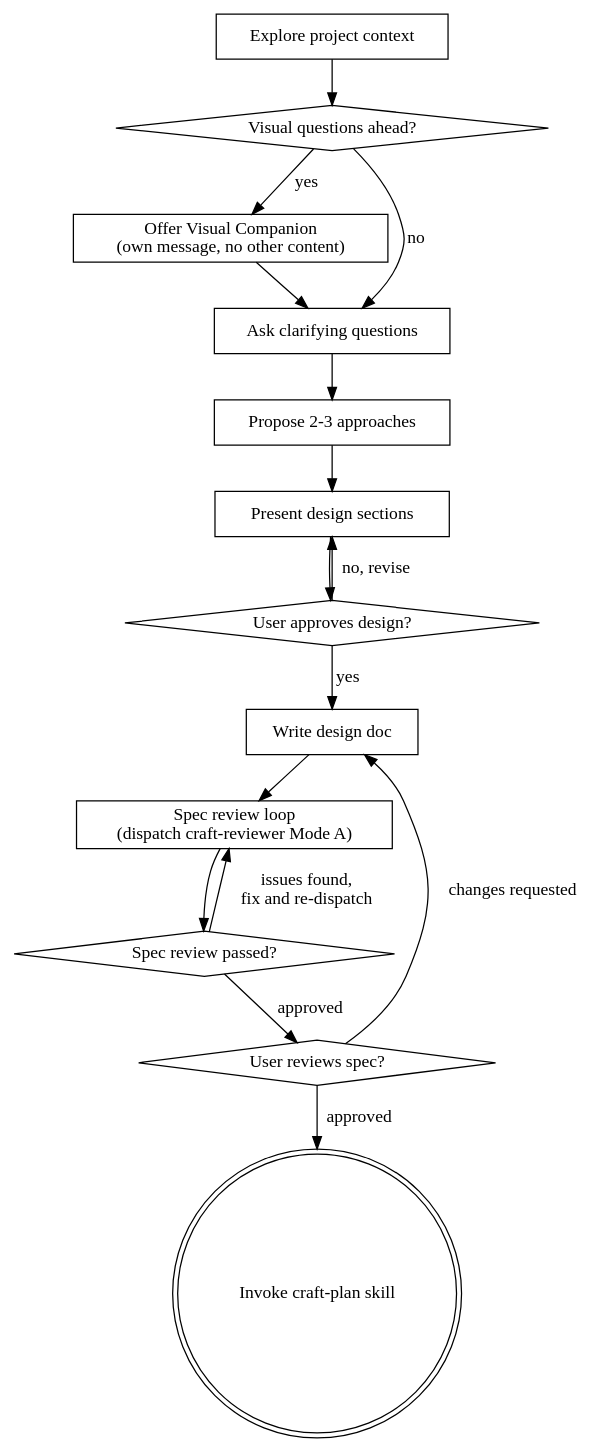
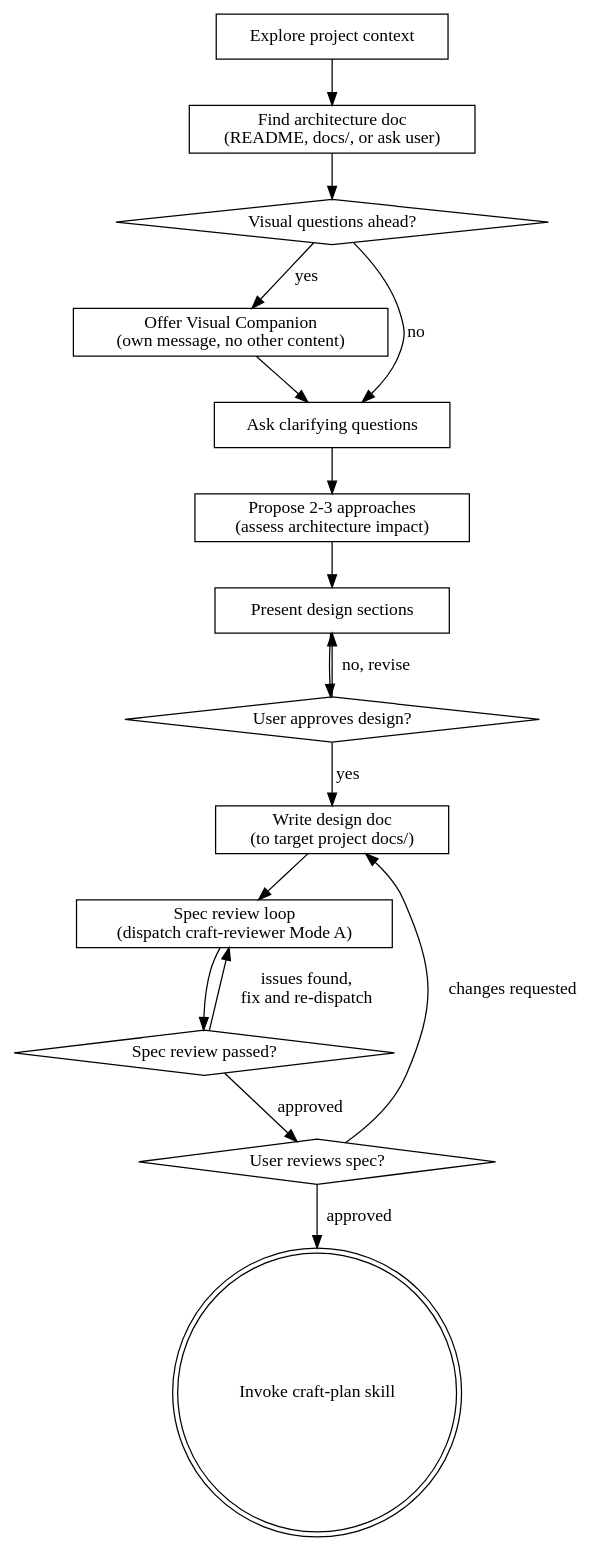
One commit to knotmark-ai/devmuse changed the diagram in skills/craft-design/SKILL.md. Above: the diagram before and after it, drawn with Graphviz. The commit also changed other lines of this file, not shown here.

First line of the commit message:
behavioral: craft-design 增加架构文档感知和项目级设计文档

````diff
--- a/skills/craft-design/SKILL.md
+++ b/skills/craft-design/SKILL.md
@@ -36,32 +37,34 @@
 ```dot
 digraph craft_design {
     "Explore project context" [shape=box];
+    "Find architecture doc\n(README, docs/, or ask user)" [shape=box];
     "Visual questions ahead?" [shape=diamond];
     "Offer Visual Companion\n(own message, no other content)" [shape=box];
     "Ask clarifying questions" [shape=box];
-    "Propose 2-3 approaches" [shape=box];
+    "Propose 2-3 approaches\n(assess architecture impact)" [shape=box];
     "Present design sections" [shape=box];
     "User approves design?" [shape=diamond];
-    "Write design doc" [shape=box];
+    "Write design doc\n(to target project docs/)" [shape=box];
     "Spec review loop\n(dispatch craft-reviewer Mode A)" [shape=box];
     "Spec review passed?" [shape=diamond];
     "User reviews spec?" [shape=diamond];
     "Invoke craft-plan skill" [shape=doublecircle];
 
-    "Explore project context" -> "Visual questions ahead?";
+    "Explore project context" -> "Find architecture doc\n(README, docs/, or ask user)";
+    "Find architecture doc\n(README, docs/, or ask user)" -> "Visual questions ahead?";
     "Visual questions ahead?" -> "Offer Visual Companion\n(own message, no other content)" [label="yes"];
     "Visual questions ahead?" -> "Ask clarifying questions" [label="no"];
     "Offer Visual Companion\n(own message, no other content)" -> "Ask clarifying questions";
-    "Ask clarifying questions" -> "Propose 2-3 approaches";
-    "Propose 2-3 approaches" -> "Present design sections";
+    "Ask clarifying questions" -> "Propose 2-3 approaches\n(assess architecture impact)";
+    "Propose 2-3 approaches\n(assess architecture impact)" -> "Present design sections";
     "Present design sections" -> "User approves design?";
     "User approves design?" -> "Present design sections" [label="no, revise"];
-    "User approves design?" -> "Write design doc" [label="yes"];
-    "Write design doc" -> "Spec review loop\n(dispatch craft-reviewer Mode A)";
+    "User approves design?" -> "Write design doc\n(to target project docs/)" [label="yes"];
+    "Write design doc\n(to target project docs/)" -> "Spec review loop\n(dispatch craft-reviewer Mode A)";
     "Spec review loop\n(dispatch craft-reviewer Mode A)" -> "Spec review passed?";
     "Spec review passed?" -> "Spec review loop\n(dispatch craft-reviewer Mode A)" [label="issues found,\nfix and re-dispatch"];
     "Spec review passed?" -> "User reviews spec?" [label="approved"];
-    "User reviews spec?" -> "Write design doc" [label="changes requested"];
+    "User reviews spec?" -> "Write design doc\n(to target project docs/)" [label="changes requested"];
     "User reviews spec?" -> "Invoke craft-plan skill" [label="approved"];
 }
 ```
````
